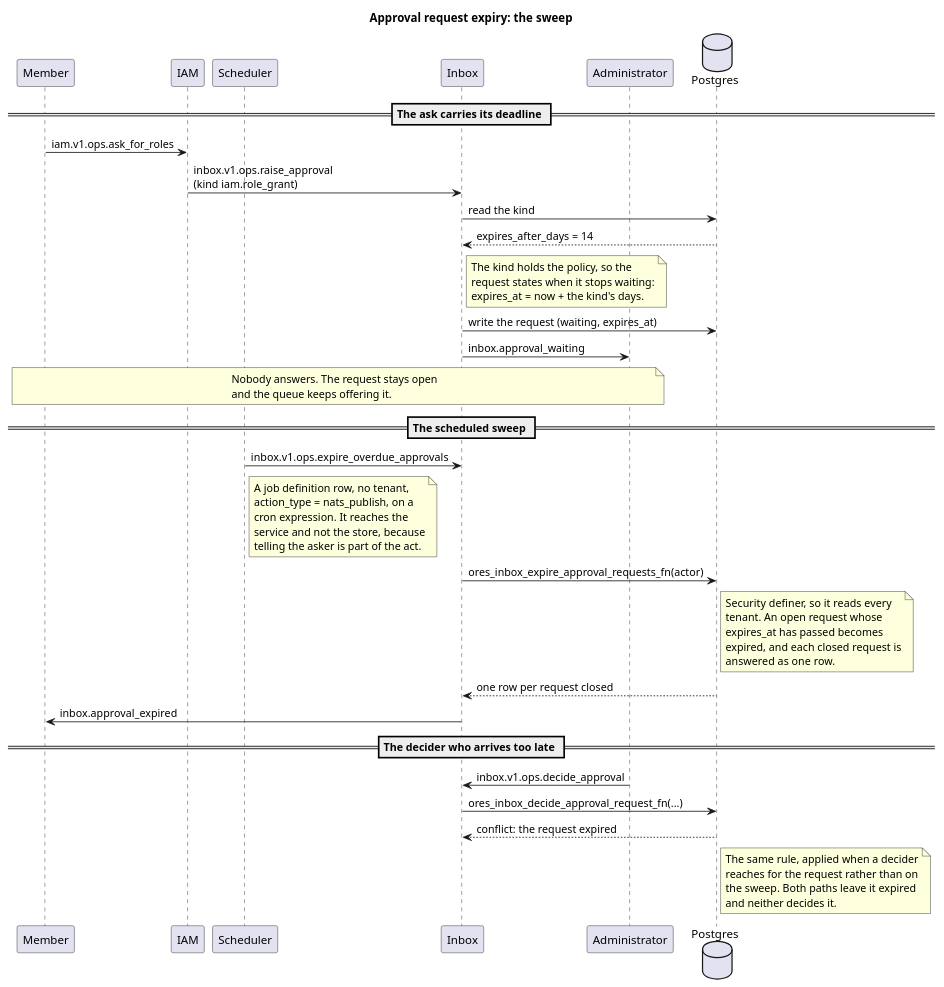
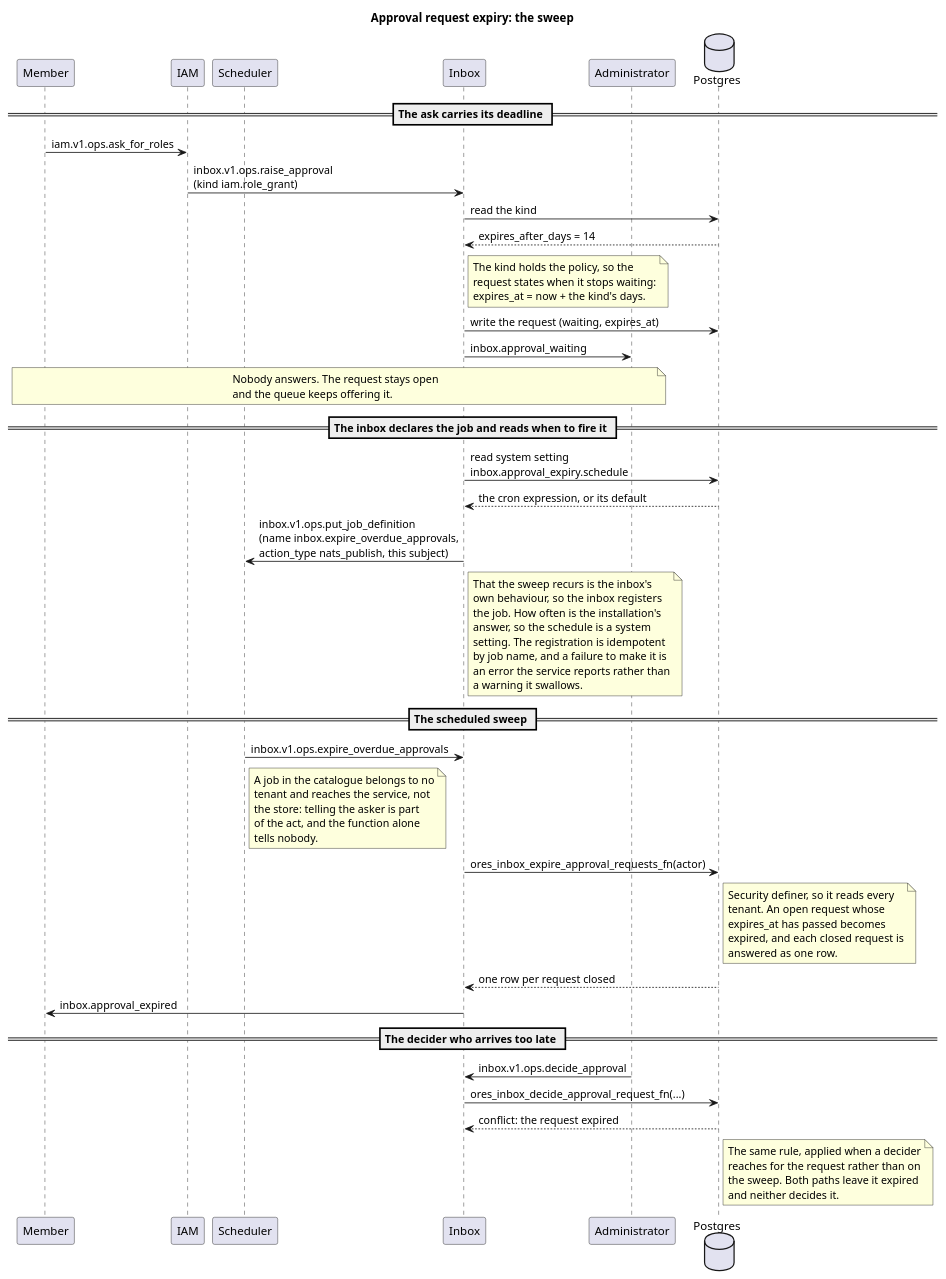
Before and after one commit to OreStudio/OreStudio: the diagram in doc/knowledge/architecture/approval_request_expiry_interaction.puml, drawn with PlantUML. The commit also changed 2 other files, not shown here.

Commit message:
[doc] Say who declares the expiry job and where its schedule comes from
The page asserted the job row existed without saying who created it, which
left two questions open: whether a component's recurring work is a row in a
populate script nothing connects back to the component, and whether its timing
is anybody's to tune.

Split it. That the sweep recurs is the inbox's own behaviour, so the inbox
registers the job at start, idempotent by job name, and a registration that
fails is an error rather than a swallowed warning. How often it fires is the
installation's answer, so the schedule is a variability system setting, read by
name and carrying a default. The inbox is its first consumer outside
variability.

Also record why the first shape was wrong: a steady_timer shares its fate with
the lifecycle hook that spawned it, and that hook silently did not fire.

Story-ID: 086576F3-7ECF-41D5-947E-69E0D7C1997D
Task-ID: 67E3A6BB-831B-4C91-8E74-157BD5CF095F
Environment: eager_maxwell

```diff
--- a/doc/knowledge/architecture/approval_request_expiry_interaction.puml
+++ b/doc/knowledge/architecture/approval_request_expiry_interaction.puml
@@ -18,63 +18,79 @@
 @startuml
 
 title Approval request expiry: the sweep
 
 participant "Member" as member
 participant "IAM" as iam
 participant "Scheduler" as sched
 participant "Inbox" as inbox
 participant "Administrator" as admin
 database "Postgres" as db
 
 == The ask carries its deadline ==
 
 member -> iam : iam.v1.ops.ask_for_roles
 iam -> inbox : inbox.v1.ops.raise_approval\n(kind iam.role_grant)
 inbox -> db : read the kind
 db --> inbox : expires_after_days = 14
 note right of inbox
   The kind holds the policy, so the
   request states when it stops waiting:
   expires_at = now + the kind's days.
 end note
 inbox -> db : write the request (waiting, expires_at)
 inbox -> admin : inbox.approval_waiting
 note over member, admin
   Nobody answers. The request stays open
   and the queue keeps offering it.
 end note
 
+== The inbox declares the job and reads when to fire it ==
+
+inbox -> db : read system setting\ninbox.approval_expiry.schedule
+db --> inbox : the cron expression, or its default
+inbox -> sched : inbox.v1.ops.put_job_definition\n(name inbox.expire_overdue_approvals,\naction_type nats_publish, this subject)
+note right of inbox
+  That the sweep recurs is the inbox's
+  own behaviour, so the inbox registers
+  the job. How often is the installation's
+  answer, so the schedule is a system
+  setting. The registration is idempotent
+  by job name, and a failure to make it is
+  an error the service reports rather than
+  a warning it swallows.
+end note
+
 == The scheduled sweep ==
 
 sched -> inbox : inbox.v1.ops.expire_overdue_approvals
 note right of sched
-  A job definition row, no tenant,
-  action_type = nats_publish, on a
-  cron expression. It reaches the
-  service and not the store, because
-  telling the asker is part of the act.
+  A job in the catalogue belongs to no
+  tenant and reaches the service, not
+  the store: telling the asker is part
+  of the act, and the function alone
+  tells nobody.
 end note
 inbox -> db : ores_inbox_expire_approval_requests_fn(actor)
 note right of db
   Security definer, so it reads every
   tenant. An open request whose
   expires_at has passed becomes
   expired, and each closed request is
   answered as one row.
 end note
 db --> inbox : one row per request closed
 inbox -> member : inbox.approval_expired
 
 == The decider who arrives too late ==
 
 admin -> inbox : inbox.v1.ops.decide_approval
 inbox -> db : ores_inbox_decide_approval_request_fn(...)
 db --> inbox : conflict: the request expired
 note right of db
   The same rule, applied when a decider
   reaches for the request rather than on
   the sweep. Both paths leave it expired
   and neither decides it.
 end note
 
 @enduml
```
